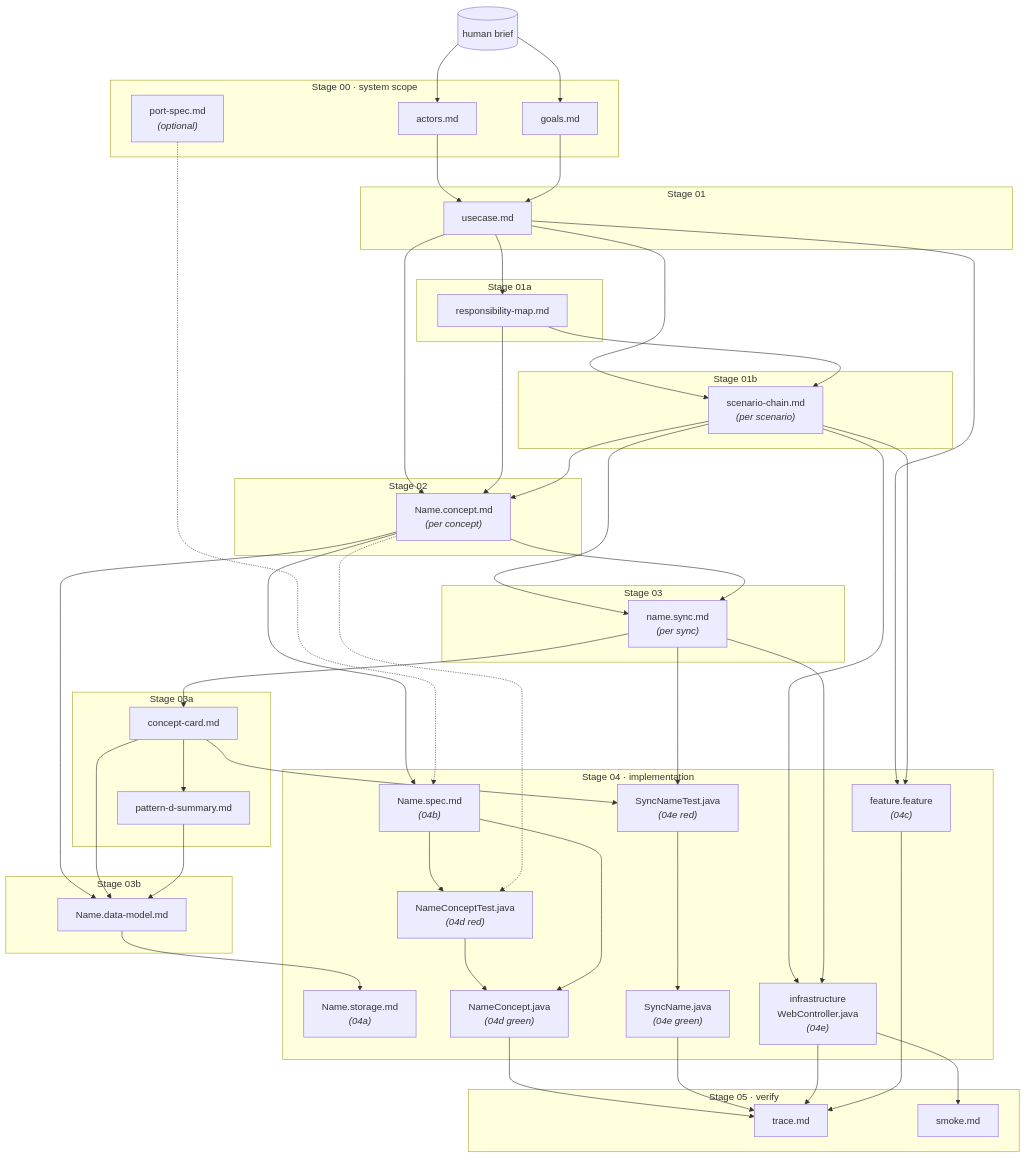
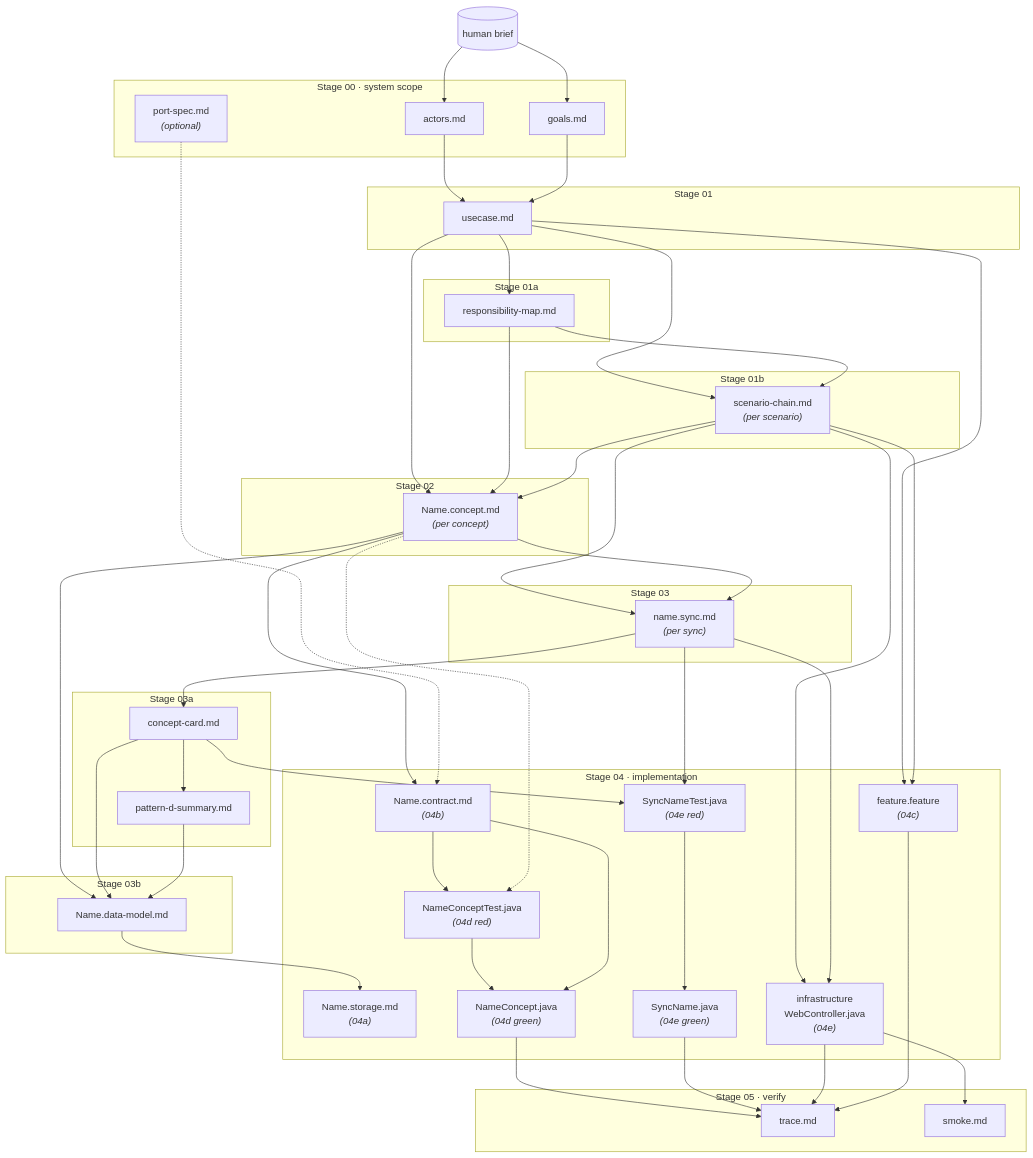
One commit to abratto/clad changed the diagram in methodology/architecture/TRACEABILITY.md. Above: the diagram before and after it, drawn with Mermaid. The commit also changed other lines of this file and 256 other files, not shown here.

First line of the commit message:
Release 0.8.0 — system-scope concepts (Model B) + concept-contract & sync-grammar changes (#46)

```diff
--- a/methodology/architecture/TRACEABILITY.md
+++ b/methodology/architecture/TRACEABILITY.md
@@ -95,7 +101,7 @@
 
     subgraph S04["Stage 04 · implementation"]
         STORAGE["Name.storage.md<br/><i>(04a)</i>"]
-        SPEC["Name.spec.md<br/><i>(04b)</i>"]
+        contract["Name.contract.md<br/><i>(04b)</i>"]
         FEATURE["feature.feature<br/><i>(04c)</i>"]
         CONCEPTTEST["NameConceptTest.java<br/><i>(04d red)</i>"]
         CONCEPTIMPL["NameConcept.java<br/><i>(04d green)</i>"]
@@ -134,16 +140,16 @@
 
     DATAMODEL --> STORAGE
 
-    CONCEPT --> SPEC
-    PORT -.-> SPEC
+    CONCEPT --> contract
+    PORT -.-> contract
 
     USECASE --> FEATURE
     CHAIN --> FEATURE
 
-    SPEC --> CONCEPTTEST
+    contract --> CONCEPTTEST
     CONCEPT -.-> CONCEPTTEST
     CONCEPTTEST --> CONCEPTIMPL
-    SPEC --> CONCEPTIMPL
+    contract --> CONCEPTIMPL
 
     SYNC --> SYNCTEST
     CARD --> SYNCTEST
```
